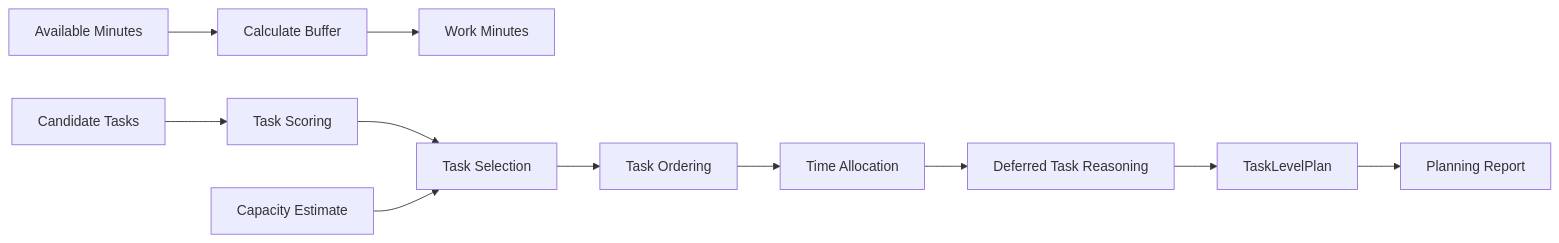
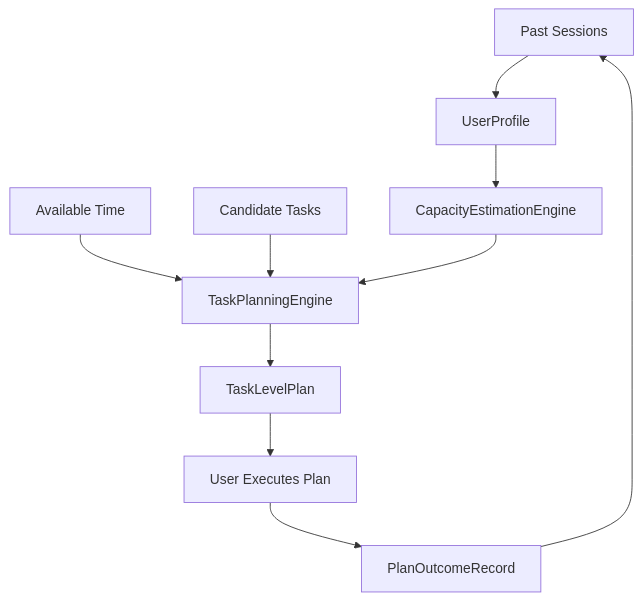
Before and after one commit to XueyuLee1/personal-planning-agent: the diagram in README.md, drawn with Mermaid. The commit also changed other lines of this file and 2 other files, not shown here.

````diff
--- a/README.md
+++ b/README.md
@@ -296,13 +42,12 @@
 ```mermaid
-flowchart LR
-    A["Available Minutes"] --> B["Calculate Buffer"]
-    B --> C["Work Minutes"]
-    D["Candidate Tasks"] --> E["Task Scoring"]
-    E --> F["Task Selection"]
-    G["Capacity Estimate"] --> F
-    F --> H["Task Ordering"]
-    H --> I["Time Allocation"]
-    I --> J["Deferred Task Reasoning"]
-    J --> K["TaskLevelPlan"]
-    K --> L["Planning Report"]
+flowchart TD
+    A["Past Sessions"] --> B["UserProfile"]
+    B --> C["CapacityEstimationEngine"]
+    D["Available Time"] --> E["TaskPlanningEngine"]
+    F["Candidate Tasks"] --> E
+    C --> E
+    E --> G["TaskLevelPlan"]
+    G --> H["User Executes Plan"]
+    H --> I["PlanOutcomeRecord"]
+    I --> A
 ```
````
